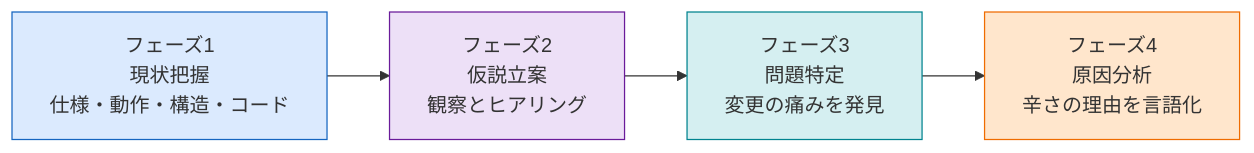
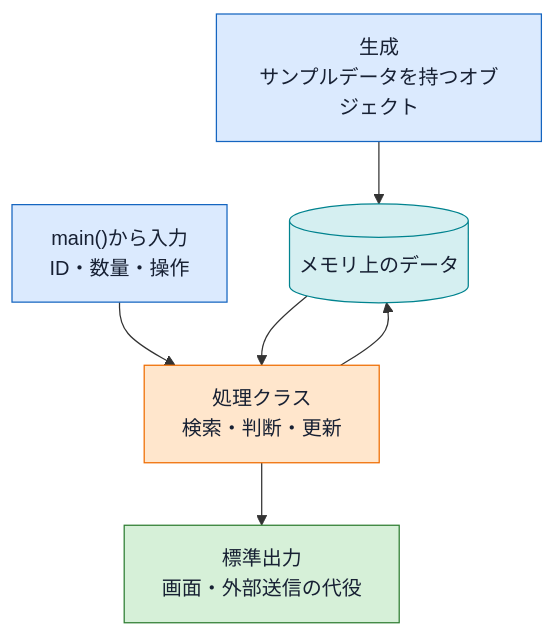
The second of 15 diagrams in kindle/design-patterns/books/volume01-core-patterns/output/02-chapter00.md (kumachan1101-pixel/DesignPattern), drawn with Mermaid before and after one commit. The commit also changed other lines of this file and 17 other files, not shown here.

Commit message:
序章と第0章の構造図を改善

````diff
--- a/kindle/design-patterns/books/volume01-core-patterns/output/02-chapter00.md
+++ b/kindle/design-patterns/books/volume01-core-patterns/output/02-chapter00.md
@@ -136,13 +104,23 @@
 ```mermaid
-flowchart LR
-    PH1["フェーズ1<br>現状把握<br>仕様・動作・構造・コード"]
-    PH2["フェーズ2<br>仮説立案<br>観察とヒアリング"]
-    PH3["フェーズ3<br>問題特定<br>変更の痛みを発見"]
-    PH4["フェーズ4<br>原因分析<br>辛さの理由を言語化"]
-    PH1 --> PH2 --> PH3 --> PH4
+flowchart TB
+    CREATE["生成<br>サンプルデータを持つオブジェクト"]
+    INPUT["main()から入力<br>ID・数量・操作"]
+    PROCESS["処理クラス<br>検索・判断・更新"]
+    MEMORY[("メモリ上のデータ")]
+    OUTPUT["標準出力<br>画面・外部送信の代役"]
 
-    style PH1 fill:#dbeafe,stroke:#1565c0
-    style PH2 fill:#ede0f7,stroke:#6a1b9a
-    style PH3 fill:#d5eff1,stroke:#00838f
-    style PH4 fill:#ffe6cc,stroke:#ef6c00
+    CREATE --> MEMORY
+    INPUT --> PROCESS
+    MEMORY --> PROCESS
+    PROCESS --> MEMORY
+    PROCESS --> OUTPUT
+
+    classDef setup fill:#dbeafe,stroke:#1565c0,color:#172033;
+    classDef data fill:#d5eff1,stroke:#00838f,color:#172033;
+    classDef process fill:#ffe6cc,stroke:#ef6c00,color:#172033;
+    classDef output fill:#d6f0d8,stroke:#2e7d32,color:#172033;
+    class CREATE,INPUT setup;
+    class MEMORY data;
+    class PROCESS process;
+    class OUTPUT output;
 ```
````
